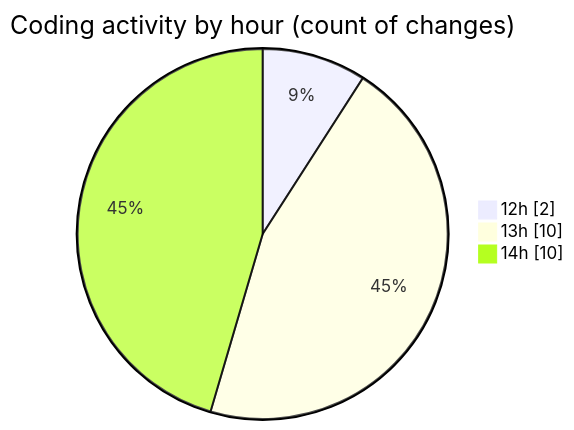
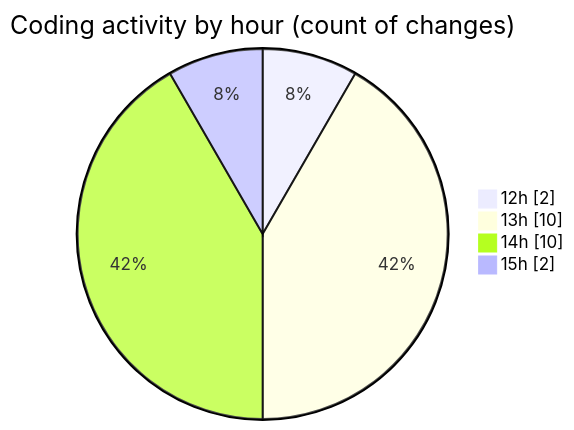
Before and after one commit to shibass792/code-tracking: the second of 2 diagrams in 2026-07-12/untitled__workspace_/README.md, drawn with Mermaid. The commit also changed other lines of this file and 1 other file, not shown here.

````diff
--- a/2026-07-12/untitled__workspace_/README.md
+++ b/2026-07-12/untitled__workspace_/README.md
@@ -30,7 +32,8 @@
 ```mermaid
 pie showData
 title Coding activity by hour (count of changes)
 "12h" : 2
 "13h" : 10
 "14h" : 10
+"15h" : 2
 ```
````
